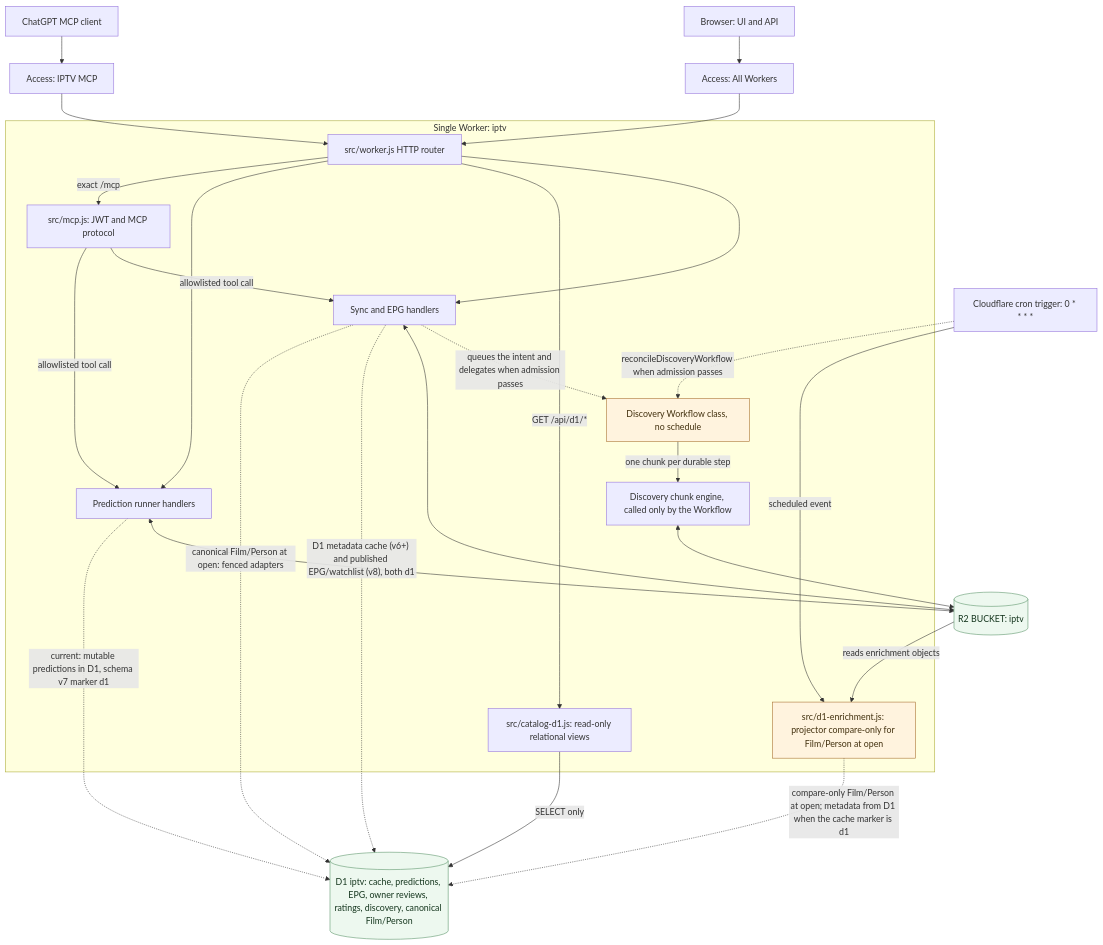
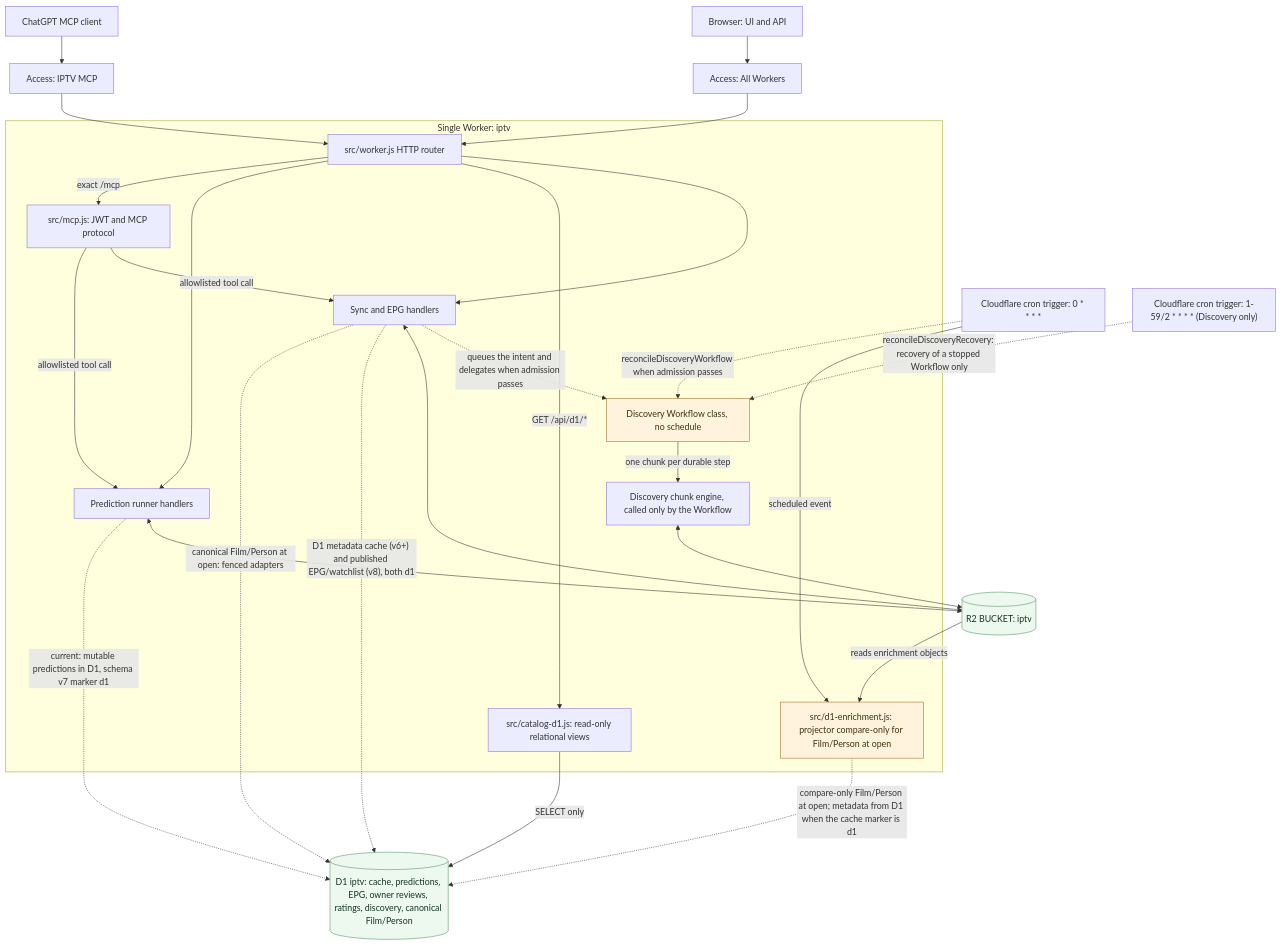
The diagram in docs/architecture/runtime-topology.md (vladimino/iptv-watchlist), drawn with Mermaid before and after one commit. The commit also changed other lines of this file and 23 other files, not shown here.

First line of the commit message:
AIR-534: Discovery-only fast recovery cron (ADR 0173)

````diff
--- a/docs/architecture/runtime-topology.md
+++ b/docs/architecture/runtime-topology.md
@@ -5,45 +5,47 @@
 ```mermaid
 flowchart TB
     web["Browser: UI and API"]
     mcpClient["ChatGPT MCP client"]
     webAccess["Access: All Workers"]
     mcpAccess["Access: IPTV MCP"]
     cron["Cloudflare cron trigger: 0 * * * *"]
+    fastCron["Cloudflare cron trigger: 1-59/2 * * * * (Discovery only)"]
     subgraph worker["Single Worker: iptv"]
         route["src/worker.js HTTP router"]
         mcp["src/mcp.js: JWT and MCP protocol"]
         sync["Sync and EPG handlers"]
         prediction["Prediction runner handlers"]
         discovery["Discovery chunk engine, called only by the Workflow"]
         catalogD1["src/catalog-d1.js: read-only relational views"]
         projector["src/d1-enrichment.js: projector compare-only for Film/Person at open"]
         route --> sync
         route -->|GET /api/d1/*| catalogD1
         route --> prediction
         route -->|exact /mcp| mcp
         mcp -->|allowlisted tool call| sync
         mcp -->|allowlisted tool call| prediction
         workflow["Discovery Workflow class, no schedule"]
         sync -.->|"queues the intent and delegates when admission passes"| workflow
         workflow -->|"one chunk per durable step"| discovery
     end
     store[("R2 BUCKET: iptv")]
     d1[("D1 iptv: cache, predictions, EPG, owner reviews, ratings, discovery, canonical Film/Person")]
     web --> webAccess --> route
     mcpClient --> mcpAccess --> route
     sync <--> store
     prediction <--> store
     prediction -.->|current: mutable predictions in D1, schema v7 marker d1| d1
     discovery <--> store
     catalogD1 -->|SELECT only| d1
     cron -->|scheduled event| projector
     cron -.->|reconcileDiscoveryWorkflow when admission passes| workflow
+    fastCron -.->|reconcileDiscoveryRecovery: recovery of a stopped Workflow only| workflow
     store -->|reads enrichment objects| projector
     projector -.->|compare-only Film/Person at open; metadata from D1 when the cache marker is d1| d1
     sync -.->|"D1 metadata cache (v6+) and published EPG/watchlist (v8), both d1"| d1
     sync -.->|canonical Film/Person at open: fenced adapters| d1
     classDef current fill:#edf8ef,stroke:#579266,color:#15361e
     classDef gated fill:#fff3de,stroke:#a56c2b,color:#42300e
     class store,d1 current
     class projector,workflow gated
 ```
````
